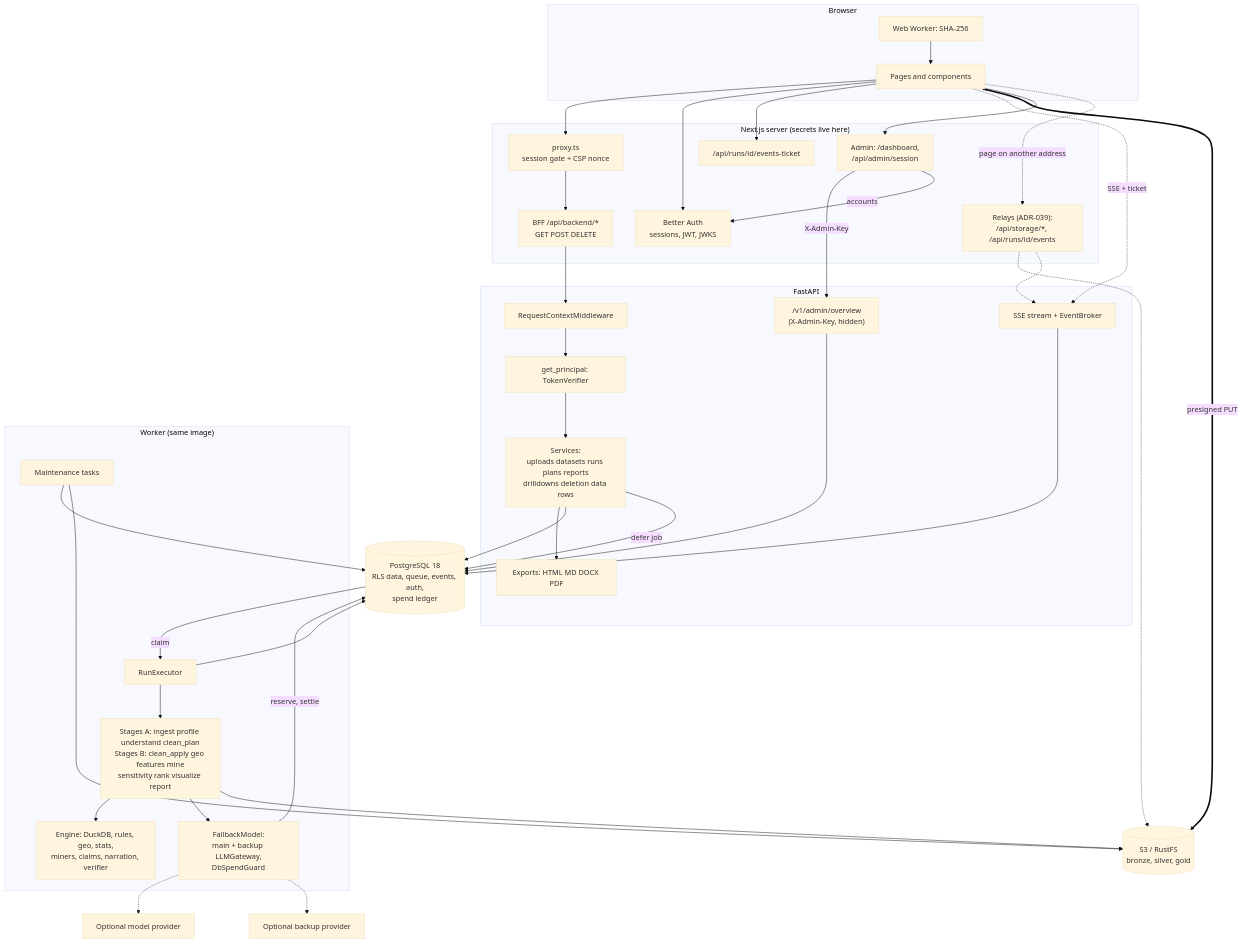
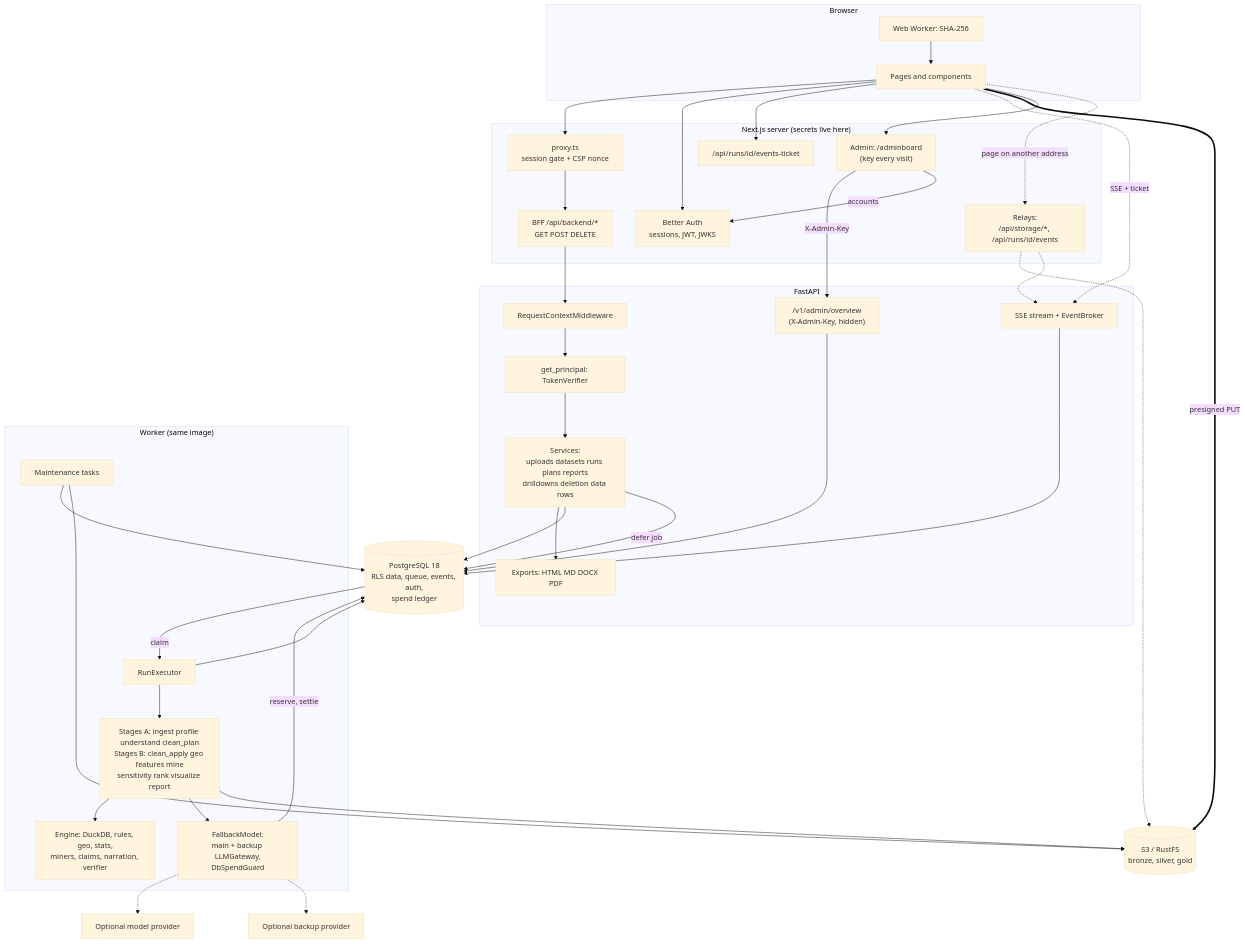
Before and after one commit to rupeshghimire7/InsightfullCell: the first of 32 diagrams in reports/explained_system_flow.md, drawn with Mermaid (base theme). The commit also changed other lines of this file and 134 other files, not shown here.

````diff
--- a/reports/explained_system_flow.md
+++ b/reports/explained_system_flow.md
@@ -50,58 +54,58 @@
 ```mermaid
 flowchart TB
     subgraph Client["Browser"]
         UI["Pages and components"]
         HW["Web Worker: SHA-256"]
     end
     subgraph Web["Next.js server (secrets live here)"]
         PX["proxy.ts<br/>session gate + CSP nonce"]
         AUTH["Better Auth<br/>sessions, JWT, JWKS"]
         BFF["BFF /api/backend/*<br/>GET POST DELETE"]
         TK["/api/runs/id/events-ticket"]
-        RL["Relays (ADR-039):<br/>/api/storage/*, /api/runs/id/events"]
-        AD["Admin: /dashboard,<br/>/api/admin/session"]
+        RL["Relays:<br/>/api/storage/*, /api/runs/id/events"]
+        AD["Admin: /adminboard<br/>(key every visit)"]
     end
     subgraph API["FastAPI"]
         MW["RequestContextMiddleware"]
         DEP["get_principal: TokenVerifier"]
         SV["Services:<br/>uploads datasets runs plans reports<br/>drilldowns deletion data rows"]
         EXP["Exports: HTML MD DOCX PDF"]
         EV["SSE stream + EventBroker"]
         AO["/v1/admin/overview<br/>(X-Admin-Key, hidden)"]
     end
     subgraph Worker["Worker (same image)"]
         EX["RunExecutor"]
         ST["Stages A: ingest profile understand clean_plan<br/>Stages B: clean_apply geo features mine<br/>sensitivity rank visualize report"]
         EN["Engine: DuckDB, rules, geo, stats,<br/>miners, claims, narration, verifier"]
         GW["FallbackModel:<br/>main + backup LLMGateway,<br/>DbSpendGuard"]
         MT["Maintenance tasks"]
     end
     PG[("PostgreSQL 18<br/>RLS data, queue, events, auth,<br/>spend ledger")]
     S3[("S3 / RustFS<br/>bronze, silver, gold")]
     LLM["Optional model provider"]
     LLMB["Optional backup provider"]
 
     UI --> PX --> BFF --> MW --> DEP --> SV
     SV --> EXP
     UI --> AUTH
     UI --> TK
     UI -. "SSE + ticket" .-> EV
     HW --> UI
     UI == "presigned PUT" ==> S3
     SV --> PG
     SV -- "defer job" --> PG
     PG -- "claim" --> EX --> ST --> EN
     ST --> GW -.-> LLM
     GW -.-> LLMB
     GW -- "reserve, settle" --> PG
     UI --> AD -- "X-Admin-Key" --> AO --> PG
     AD -- "accounts" --> AUTH
     ST --> S3
     EX --> PG
     MT --> PG
     MT --> S3
     EV --> PG
     UI -. "page on another address" .-> RL
     RL -.-> S3
     RL -.-> EV
 ```
````
